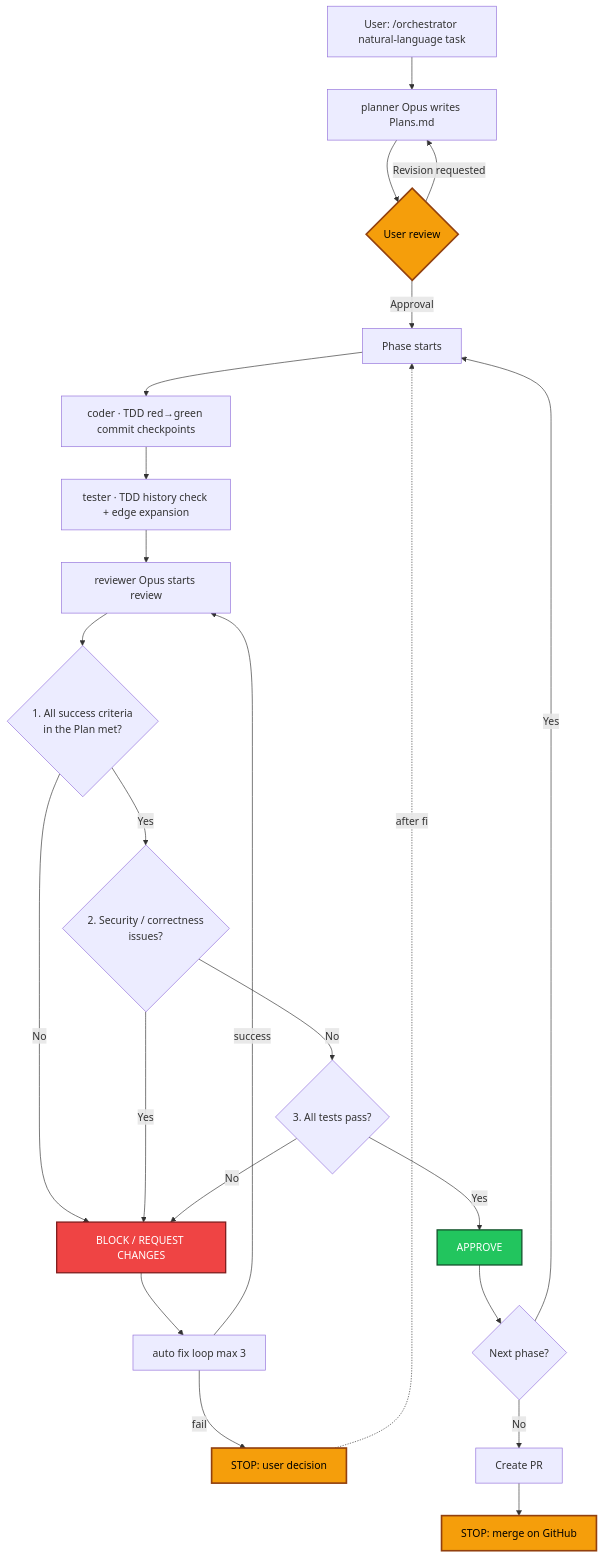
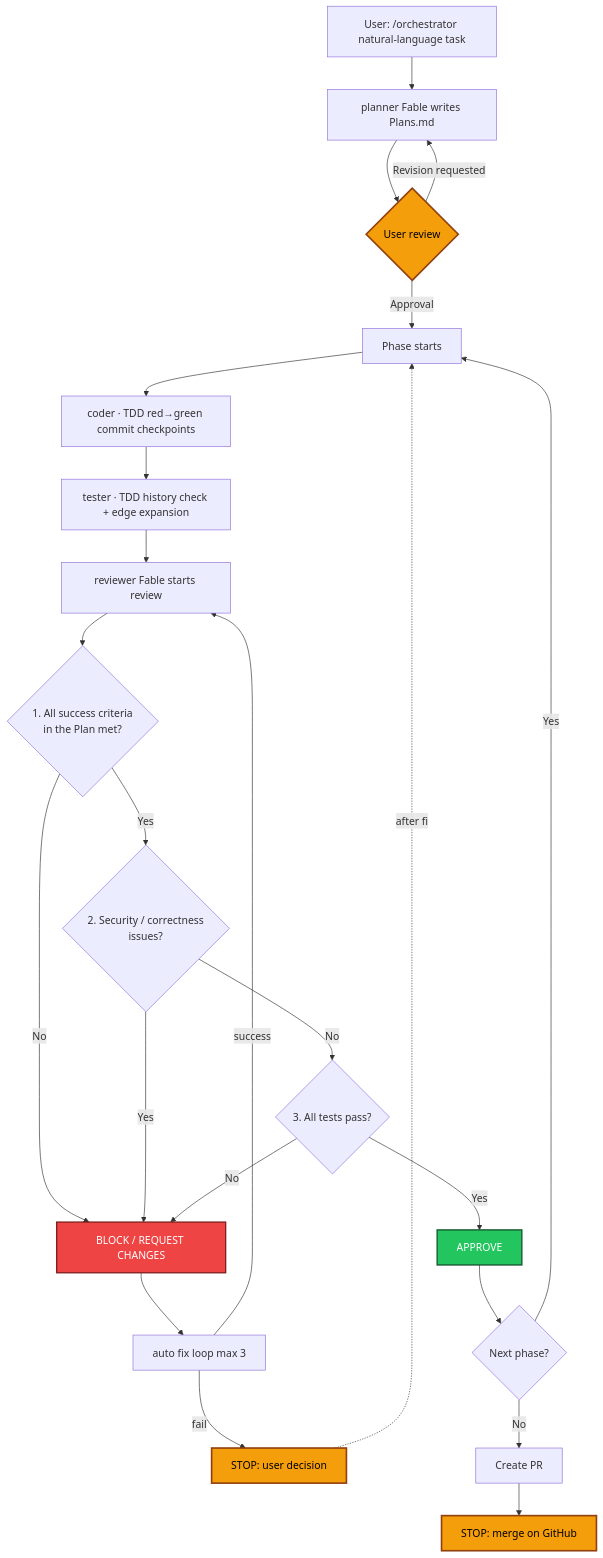
One commit to jangheejeong/claude-code-harness changed the diagram in README.en.md. Above: the diagram before and after it, drawn with Mermaid. The commit also changed other lines of this file and 11 other files, not shown here.

First line of the commit message:
chore: adopt advisor(fable) + worker(opus) model strategy

````diff
--- a/README.en.md
+++ b/README.en.md
@@ -187,36 +187,36 @@
 ```mermaid
 flowchart TD
-    Start[User: /orchestrator natural-language task] --> Plan[planner Opus writes Plans.md]
+    Start[User: /orchestrator natural-language task] --> Plan[planner Fable writes Plans.md]
     Plan --> Gate1{User review}
     Gate1 -->|Approval| Phase[Phase starts]
     Gate1 -->|Revision requested| Plan
 
     Phase --> Coder[coder · TDD red→green commit checkpoints]
     Coder --> Tester[tester · TDD history check + edge expansion]
-    Tester --> R[reviewer Opus starts review]
+    Tester --> R[reviewer Fable starts review]
 
     R --> C1{1. All success criteria<br/>in the Plan met?}
     C1 -->|No| BLOCK[BLOCK / REQUEST CHANGES]
     C1 -->|Yes| C2{2. Security / correctness<br/>issues?}
     C2 -->|Yes| BLOCK
     C2 -->|No| C3{3. All tests pass?}
     C3 -->|No| BLOCK
     C3 -->|Yes| APPROVE[APPROVE]
 
     BLOCK --> Fix[auto fix loop max 3]
     Fix -->|fail| Gate2[STOP: user decision]
     Fix -->|success| R
     Gate2 -.after fix.-> Phase
 
     APPROVE --> Next{Next phase?}
     Next -->|Yes| Phase
     Next -->|No| PR[Create PR]
     PR --> Gate3[STOP: merge on GitHub]
 
     classDef gate fill:#f59e0b,stroke:#92400e,stroke-width:2.5px,color:#000
     class Gate1,Gate2,Gate3 gate
     classDef block fill:#ef4444,stroke:#7f1d1d,stroke-width:2px,color:#fff
     class BLOCK block
     classDef approve fill:#22c55e,stroke:#14532d,stroke-width:2px,color:#fff
     class APPROVE approve
 ```
````
